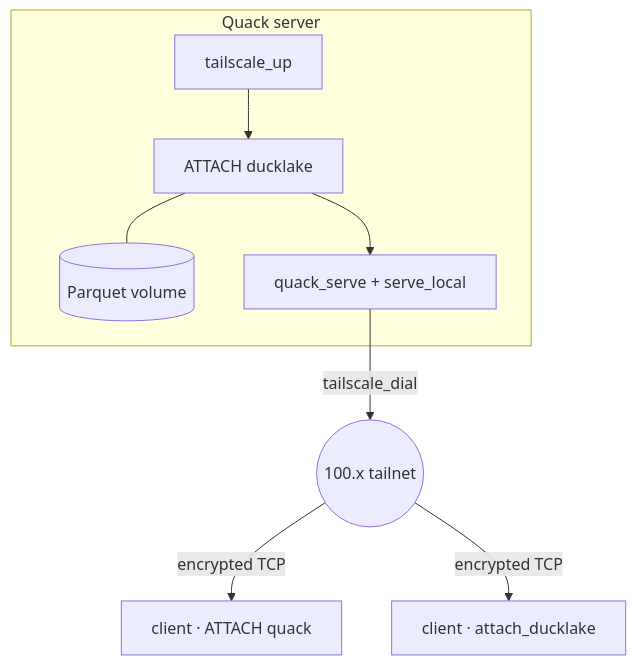
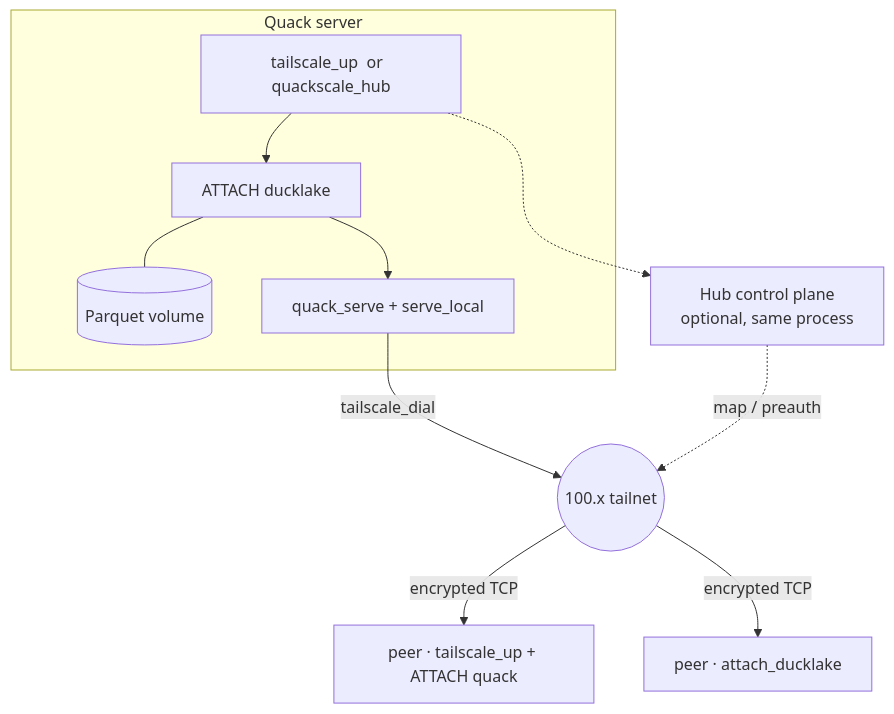
Before and after one commit to Query-farm/quackscale: the diagram in README.md, drawn with Mermaid. The commit also changed other lines of this file and 22 other files, not shown here.

First line of the commit message:
Expose the in-process control plane as quackscale_hub.

````diff
--- a/README.md
+++ b/README.md
@@ -103,22 +147,26 @@
 ```mermaid
 flowchart TB
     subgraph server["Quack server"]
-        s1[tailscale_up]
+        s1["tailscale_up  or  quackscale_hub"]
         dl[ATTACH ducklake]
         pq[(Parquet volume)]
         sq[quack_serve + serve_local]
         s1 --> dl
         dl --- pq
         dl --> sq
     end
 
+    wb["Hub control plane<br/>optional, same process"]
+    s1 -.-> wb
+
     m((100.x tailnet))
 
     sq -->|tailscale_dial| m
+    wb -.->|map / preauth| m
 
-    c1["client · ATTACH quack"]
-    c2["client · attach_ducklake"]
+    c1["peer · tailscale_up + ATTACH quack"]
+    c2["peer · attach_ducklake"]
 
     m -->|encrypted TCP| c1
     m -->|encrypted TCP| c2
 ```
````
